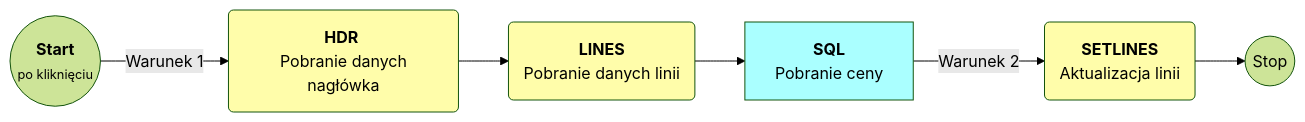
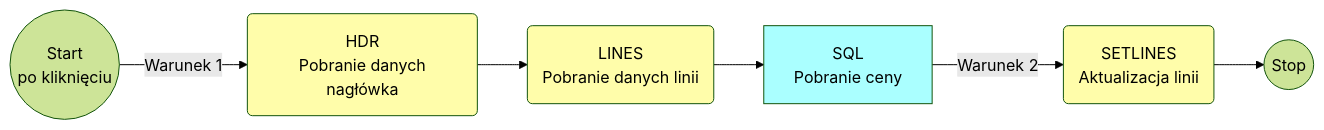
The sixth of 9 diagrams in _docs/manual-reference.md (altabsa/SPUMA_Inf), drawn with Mermaid (forest theme) before and after one commit. The commit also changed other lines of this file, not shown here.

```diff
--- a/_docs/manual-reference.md
+++ b/_docs/manual-reference.md
@@ -962,12 +962,12 @@
 <div class="mermaid">
 graph LR;
-start((<center><b>Start</b><br/><span style='font-size:.8em' >po kliknięciu</span></center>))-->|"Warunek 1"|A(<strong>HDR</strong> <br/> Pobranie danych nagłówka)
-A--> B(<b>LINES</b><br/>Pobranie danych linii)
-B-->C[<b>SQL</b><br />Pobranie ceny]
-C-->|"Warunek 2"| D(<b>SETLINES</b><br/>Aktualizacja linii)
+start((Start<br>po kliknięciu))-->|"Warunek 1"|A(HDR<br/> Pobranie danych nagłówka)
+A--> B(LINES<br/>Pobranie danych linii)
+B-->C[SQL<br />Pobranie ceny]
+C-->|"Warunek 2"| D(SETLINES<br/>Aktualizacja linii)
 D-->stop((Stop))
 style A fill:#FFFDAA;
 style B fill:#FFFDAA;
 style D fill:#FFFDAA;
 style C fill:#AAFFFF;
 </div>
```
